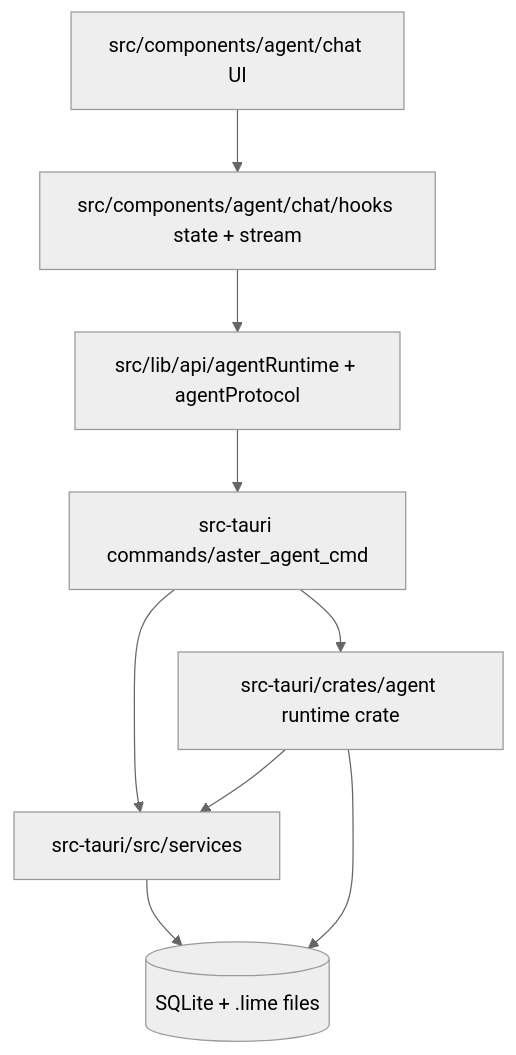
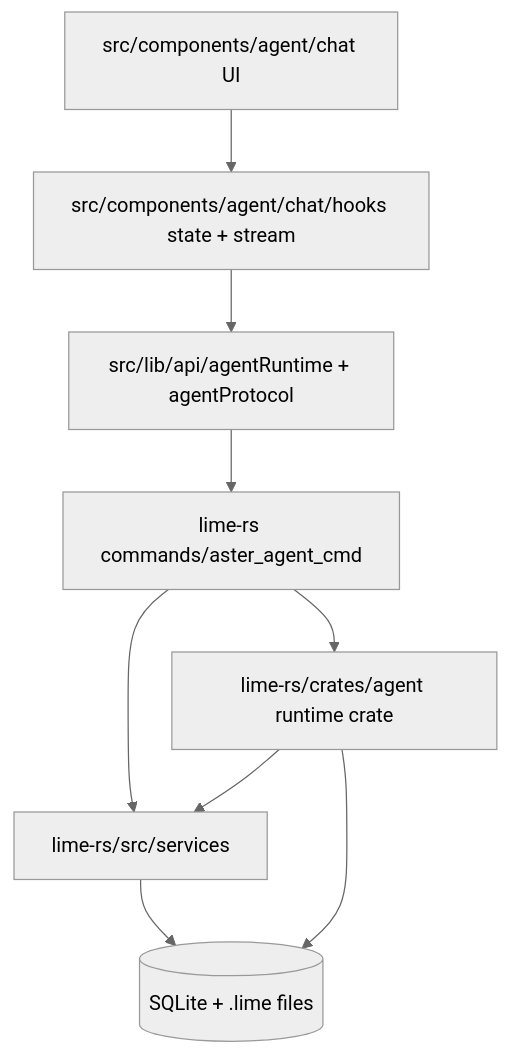
Before and after one commit to jiujuan/lime: the diagram in internal/roadmap/agentui/lime-agentui-code-map.md, drawn with Mermaid (neutral theme). The commit also changed other lines of this file and 2377 other files, not shown here.

````diff
--- a/internal/roadmap/agentui/lime-agentui-code-map.md
+++ b/internal/roadmap/agentui/lime-agentui-code-map.md
@@ -9,19 +9,19 @@
 ```mermaid
 flowchart TB
   UI[src/components/agent/chat UI]
   Hooks[src/components/agent/chat/hooks state + stream]
   Api[src/lib/api/agentRuntime + agentProtocol]
-  Tauri[src-tauri commands/aster_agent_cmd]
-  AgentCrate[src-tauri/crates/agent runtime crate]
-  Services[src-tauri/src/services]
+  Tauri[lime-rs commands/aster_agent_cmd]
+  AgentCrate[lime-rs/crates/agent runtime crate]
+  Services[lime-rs/src/services]
   Store[(SQLite + .lime files)]
 
   UI --> Hooks
   Hooks --> Api
   Api --> Tauri
   Tauri --> AgentCrate
   Tauri --> Services
   AgentCrate --> Services
   Services --> Store
   AgentCrate --> Store
 ```
````
